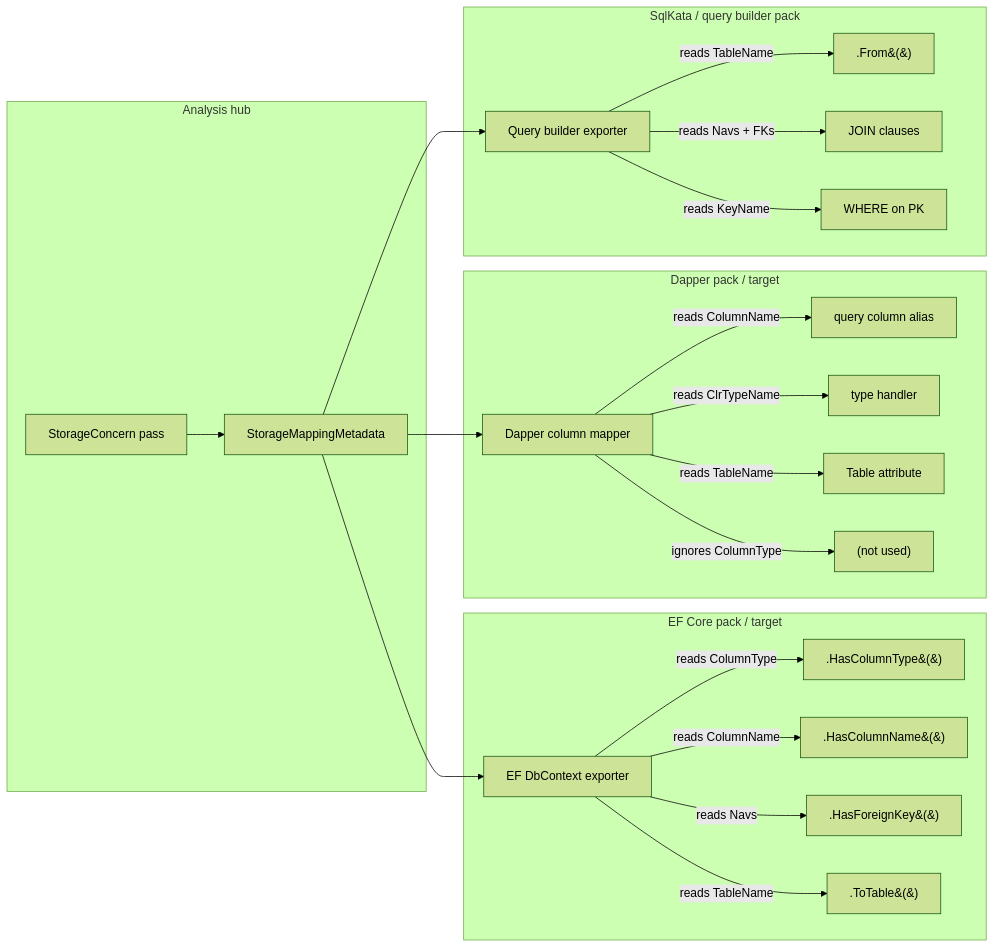
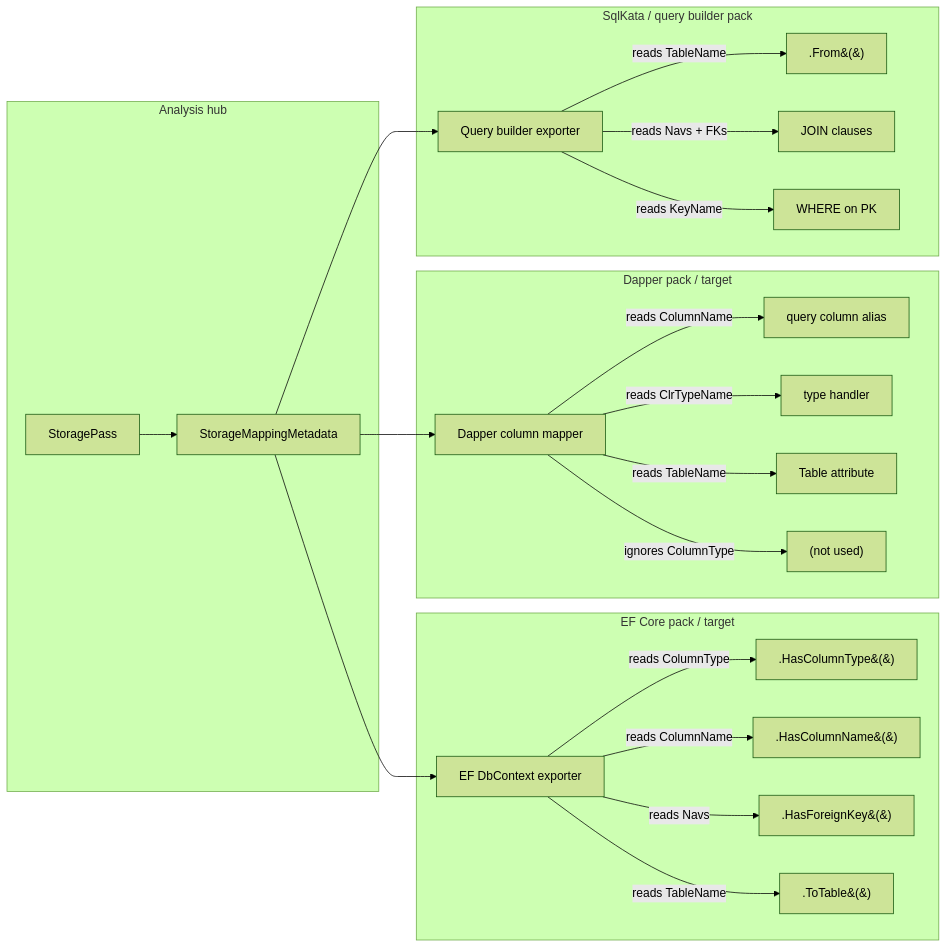
Before and after one commit to scoizzle/Poly: the diagram in docs/plans/infrastructure-concern-analyzer-suite.md, drawn with Mermaid (forest theme). The commit also changed other lines of this file and 2 other files, not shown here.

Commit message:
feat: Rename infrastructure concern suite to pass suite, add stress tests and queryable policy design

````diff
--- a/docs/plans/infrastructure-concern-analyzer-suite.md
+++ b/docs/plans/infrastructure-concern-analyzer-suite.md
@@ -219,35 +291,35 @@
 ```mermaid
 flowchart LR
   subgraph analysis [Analysis hub]
-    SC[StorageConcern pass]
+    SC[StoragePass]
     SM[StorageMappingMetadata]
     SC --> SM
   end
 
   subgraph ef [EF Core pack / target]
     EF[EF DbContext exporter]
     EF -->|reads ColumnType| CT[.HasColumnType&#40;&#41;]
     EF -->|reads ColumnName| CN[.HasColumnName&#40;&#41;]
     EF -->|reads Navs| FK[.HasForeignKey&#40;&#41;]
     EF -->|reads TableName| TT[.ToTable&#40;&#41;]
   end
 
   subgraph dapper [Dapper pack / target]
     DP[Dapper column mapper]
     DP -->|reads ColumnName| CN2[query column alias]
     DP -->|reads ClrTypeName| CT2[type handler]
     DP -->|reads TableName| TN2[Table attribute]
     DP -->|ignores ColumnType| XX["(not used)"]
   end
 
   subgraph sqlkata [SqlKata / query builder pack]
     SK[Query builder exporter]
     SK -->|reads TableName| TN3[.From&#40;&#41;]
     SK -->|reads Navs + FKs| JN[JOIN clauses]
     SK -->|reads KeyName| WH[WHERE on PK]
   end
 
   SM --> EF
   SM --> DP
   SM --> SK
 ```
````
